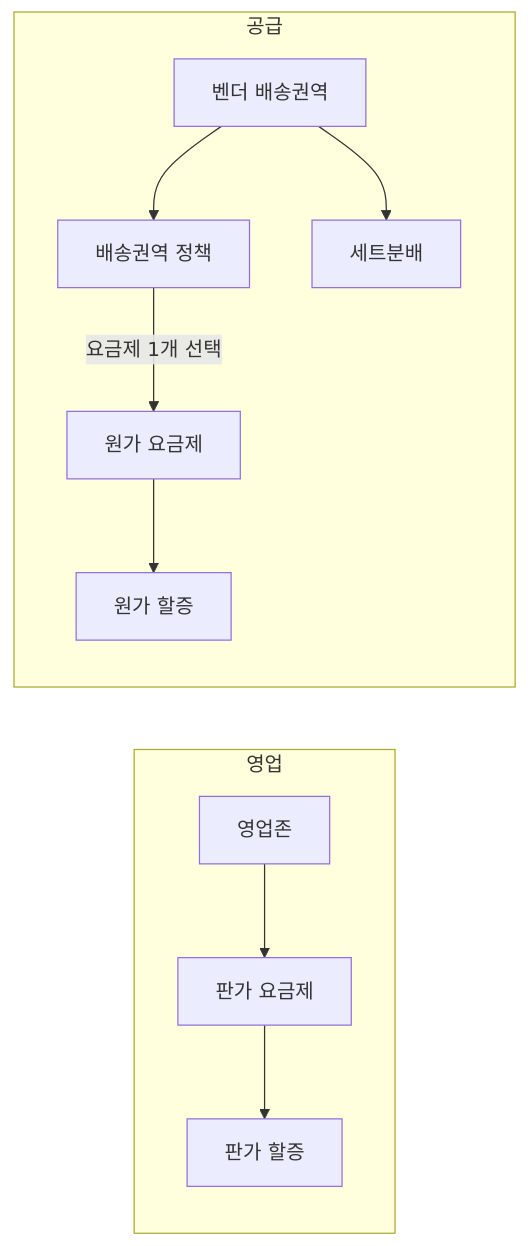
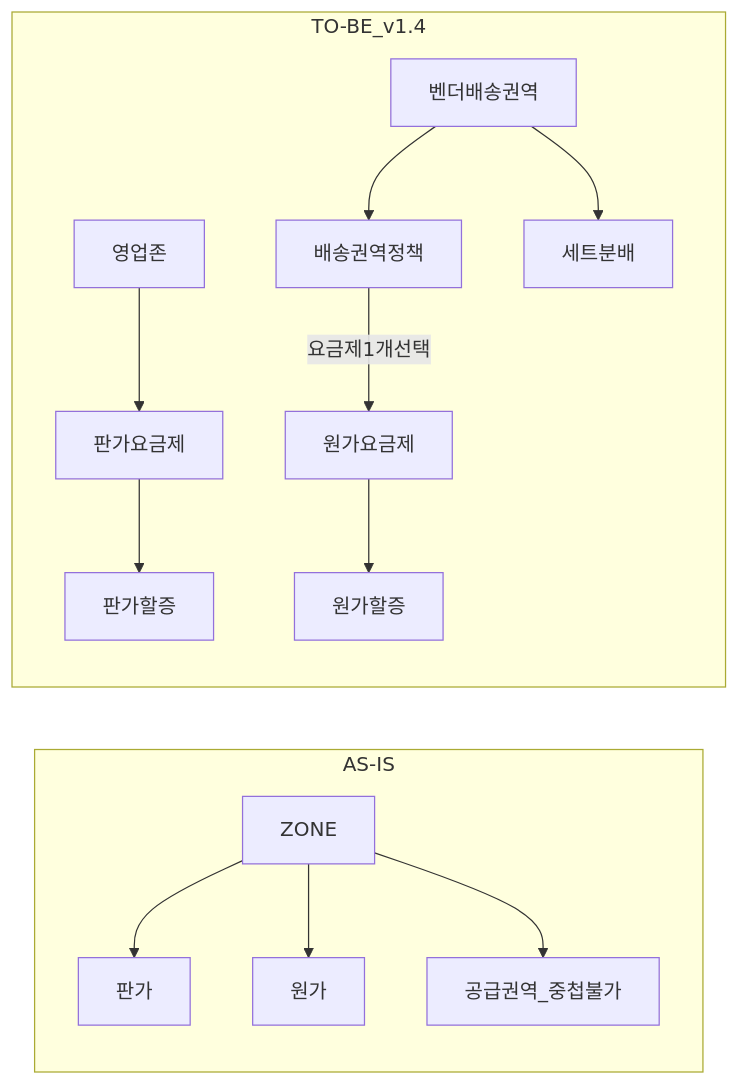
One commit to Jae-Hyoung-an/ai-staff changed the diagram in knowledge/2_planning/prd/zone_권역구조_개편_v1.4/01_PRD.md. Above: the diagram before and after it, drawn with Mermaid. The commit also changed other lines of this file and 21 other files, not shown here.

````diff
--- a/knowledge/2_planning/prd/zone_권역구조_개편_v1.4/01_PRD.md
+++ b/knowledge/2_planning/prd/zone_권역구조_개편_v1.4/01_PRD.md
@@ -40,13 +43,16 @@
 ```mermaid
-flowchart LR
-  subgraph sales [영업]
-    Z2[영업존] --> P2[판가 요금제]
-    P2 --> PS[판가 할증]
+graph LR
+  subgraph ASIS [AS-IS]
+    Z1[ZONE] --> P1[판가]
+    Z1 --> C1[원가]
+    Z1 --> R1[공급권역_중첩불가]
   end
-  subgraph supply [공급]
-    VR[벤더 배송권역] --> RP[배송권역 정책]
+  subgraph TOBE [TO-BE_v1.4]
+    Z2[영업존] --> P2[판가요금제]
+    P2 --> PS[판가할증]
+    VR[벤더배송권역] --> RP[배송권역정책]
     VR --> SD[세트분배]
-    RP -->|요금제 1개 선택| CP[원가 요금제]
-    CP --> CS[원가 할증]
+    RP -->|요금제1개선택| CP[원가요금제]
+    CP --> CS[원가할증]
   end
 ```
````
